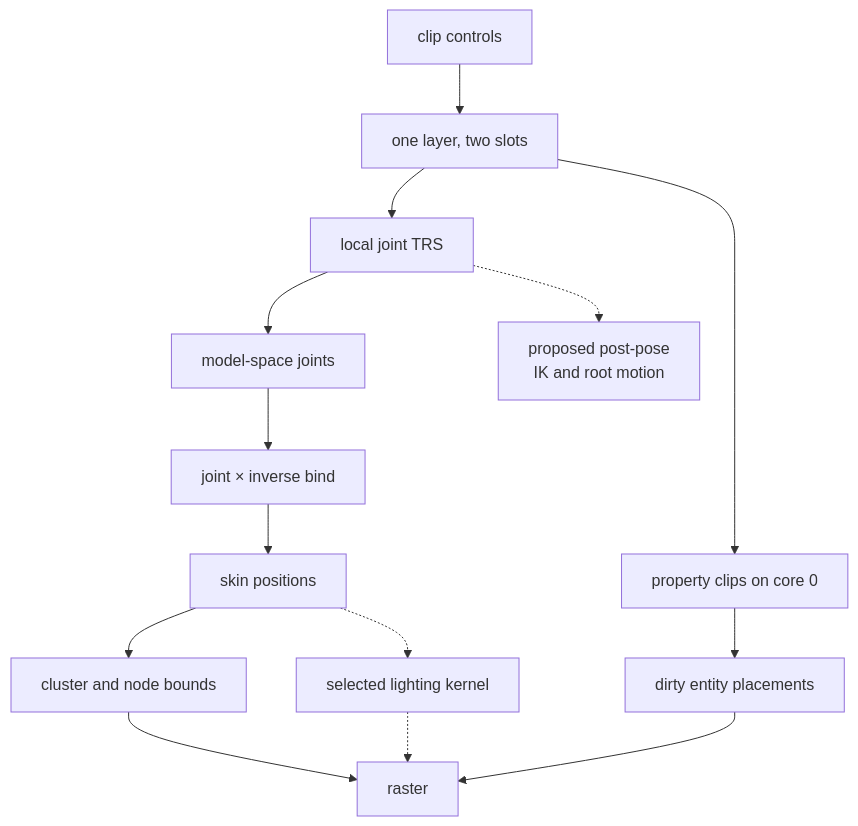
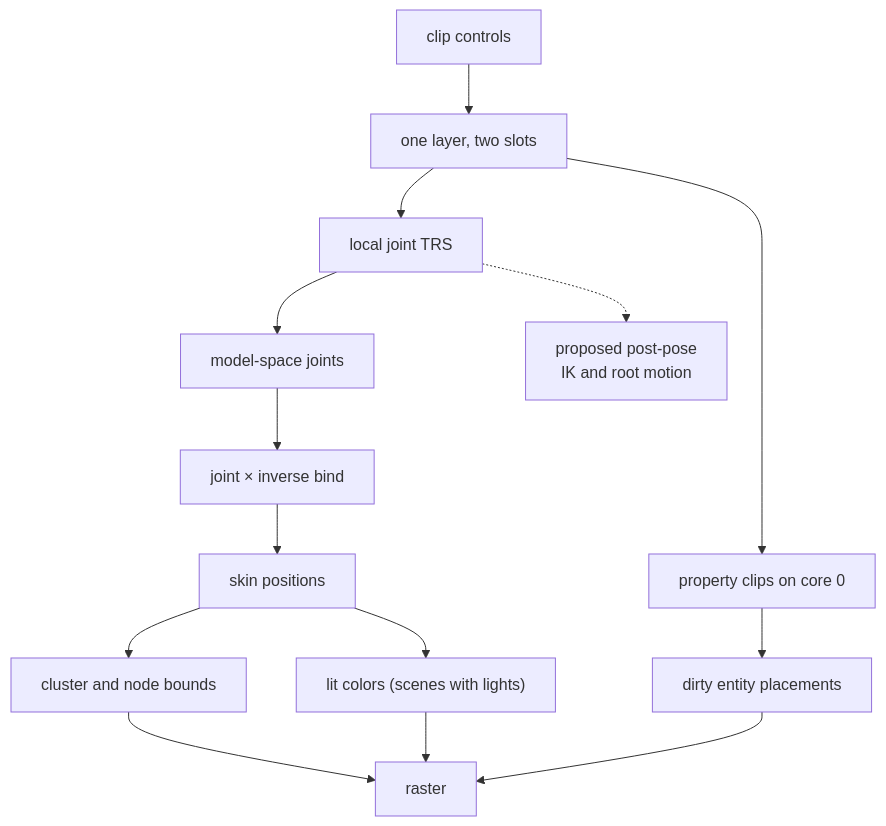
One commit to jose-villegas/autana changed the diagram in docs/plans/Animation-System-Design-Sketch.md. Above: the diagram before and after it, drawn with Mermaid. The commit also changed other lines of this file and 22 other files, not shown here.

Commit message:
render: address final skin lighting review

````diff
--- a/docs/plans/Animation-System-Design-Sketch.md
+++ b/docs/plans/Animation-System-Design-Sketch.md
@@ -20,16 +19,16 @@
 ```mermaid
 flowchart TB
     Params["clip controls"] --> Graph["one layer, two slots"]
     Graph --> Pose["local joint TRS"]
     Pose --> Model["model-space joints"]
     Model --> Palette["joint × inverse bind"]
     Palette --> Skin["skin positions"]
     Skin --> Bounds["cluster and node bounds"]
     Bounds --> Raster["raster"]
     Graph --> Property["property clips on core 0"]
     Property --> Placement["dirty entity placements"]
     Placement --> Raster
     Pose -.-> Post["proposed post-pose<br/>IK and root motion"]
-    Skin -.-> Light["selected lighting kernel"]
-    Light -.-> Raster
+    Skin --> Light["lit colors (scenes with lights)"]
+    Light --> Raster
 ```
````
